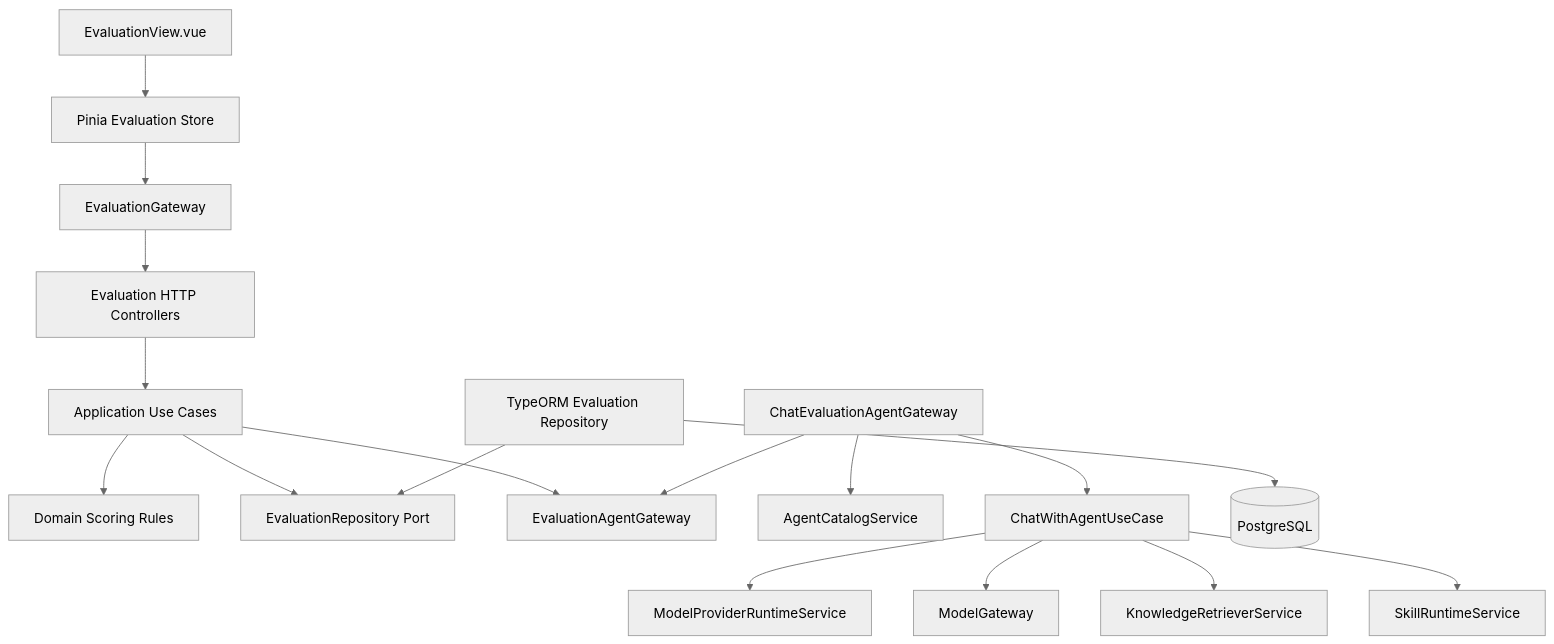
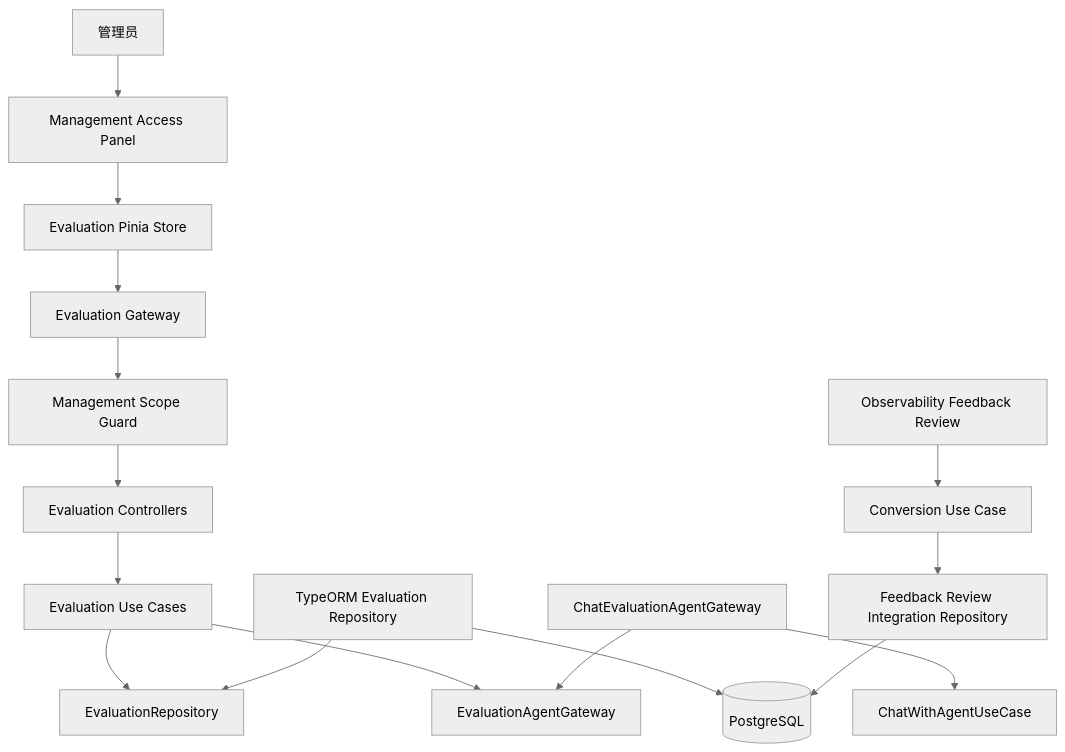
One commit to yiting001/agent changed the first of 5 diagrams in docs/modules/evaluation.md. Above: the diagram before and after it, drawn with Mermaid (neutral theme). The commit also changed other lines of this file and 112 other files, not shown here.

Commit message:
feat: add observability quality feedback loop

````diff
--- a/docs/modules/evaluation.md
+++ b/docs/modules/evaluation.md
@@ -73,19 +88,19 @@
 ```mermaid
 flowchart TB
-  View[EvaluationView.vue] --> Store[Pinia Evaluation Store]
-  Store --> Gateway[EvaluationGateway]
-  Gateway --> API[Evaluation HTTP Controllers]
-  API --> UseCases[Application Use Cases]
-  UseCases --> Domain[Domain Scoring Rules]
-  UseCases --> RepoPort[EvaluationRepository Port]
+  Admin[管理员] --> Access[Management Access Panel]
+  Access --> WebStore[Evaluation Pinia Store]
+  WebStore --> Gateway[Evaluation Gateway]
+  Gateway --> Guard[Management Scope Guard]
+  Guard --> API[Evaluation Controllers]
+  API --> UseCases[Evaluation Use Cases]
+  UseCases --> RepoPort[EvaluationRepository]
   UseCases --> AgentPort[EvaluationAgentGateway]
   AgentAdapter[ChatEvaluationAgentGateway] --> AgentPort
-  AgentAdapter --> Agents[AgentCatalogService]
   AgentAdapter --> Chat[ChatWithAgentUseCase]
-  Chat --> Runtime[ModelProviderRuntimeService]
-  Chat --> ModelGateway[ModelGateway]
-  Chat --> Knowledge[KnowledgeRetrieverService]
-  Chat --> Skills[SkillRuntimeService]
   TypeOrmRepo[TypeORM Evaluation Repository] --> RepoPort
   TypeOrmRepo --> PostgreSQL[(PostgreSQL)]
+
+  Review[Observability Feedback Review] --> Conversion[Conversion Use Case]
+  Conversion --> IntegrationRepo[Feedback Review Integration Repository]
+  IntegrationRepo --> PostgreSQL
 ```
````
